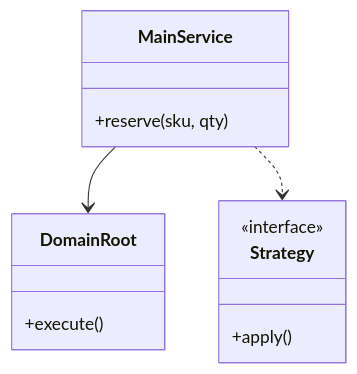
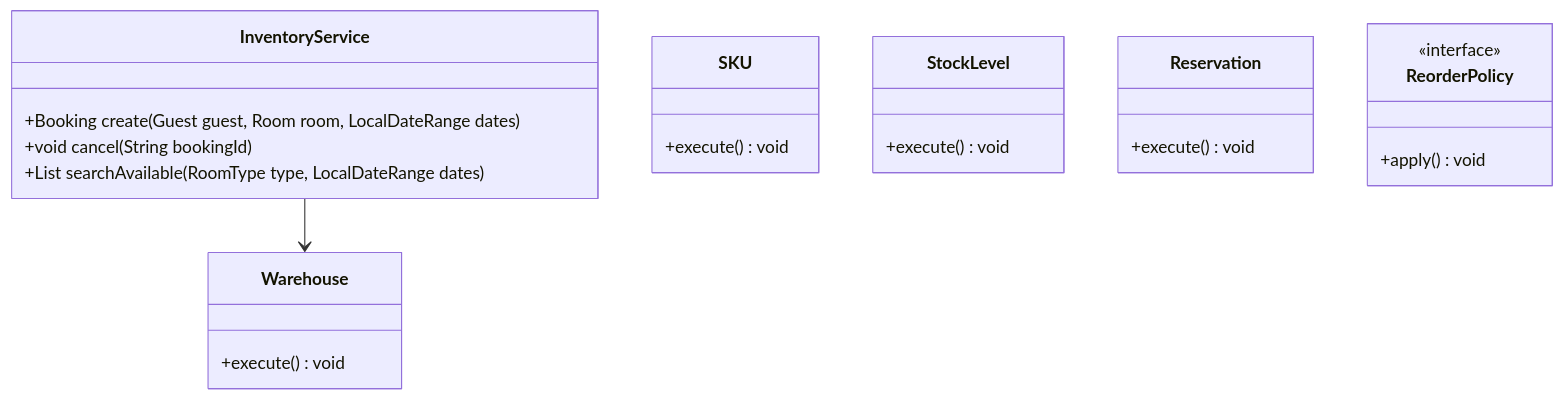
One commit to madhupaila/Interview-Prep-SSE changed the first of 3 diagrams in Learn/System Design - Low Level Design/02-classic-ood/questions/Q23-inventory-management.md. Above: the diagram before and after it, drawn with Mermaid. The commit also changed other lines of this file and 491 other files, not shown here.

````diff
--- a/Learn/System Design - Low Level Design/02-classic-ood/questions/Q23-inventory-management.md
+++ b/Learn/System Design - Low Level Design/02-classic-ood/questions/Q23-inventory-management.md
@@ -75,15 +89,25 @@
 ```mermaid
 classDiagram
-    class MainService {
-        +reserve(sku, qty)
+    class InventoryService {
+        +Booking create(Guest guest, Room room, LocalDateRange dates)
+        +void cancel(String bookingId)
+        +List<Room> searchAvailable(RoomType type, LocalDateRange dates)
     }
-    class DomainRoot {
-        +execute()
+    class Warehouse {
+        +execute() void
     }
-    class Strategy {
+    class SKU {
+        +execute() void
+    }
+    class StockLevel {
+        +execute() void
+    }
+    class Reservation {
+        +execute() void
+    }
+    class ReorderPolicy {
         <<interface>>
-        +apply()
+        +apply() void
     }
-    MainService --> DomainRoot
-    MainService ..> Strategy
+    InventoryService --> Warehouse
 ```
````
